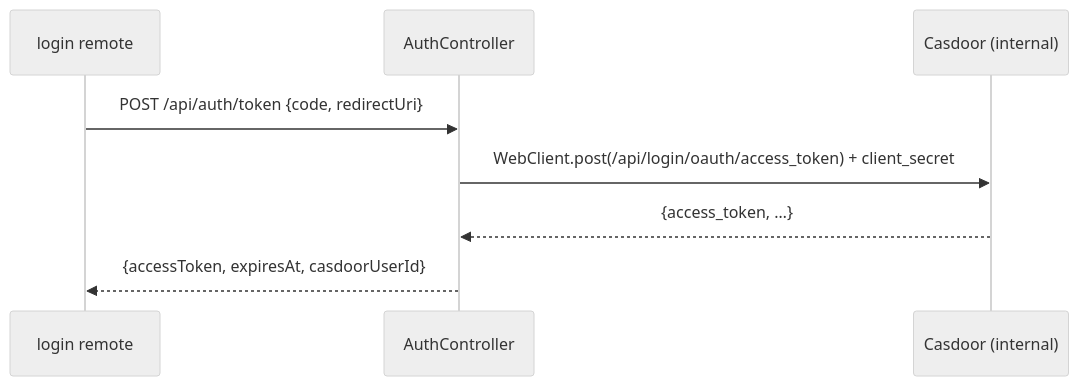
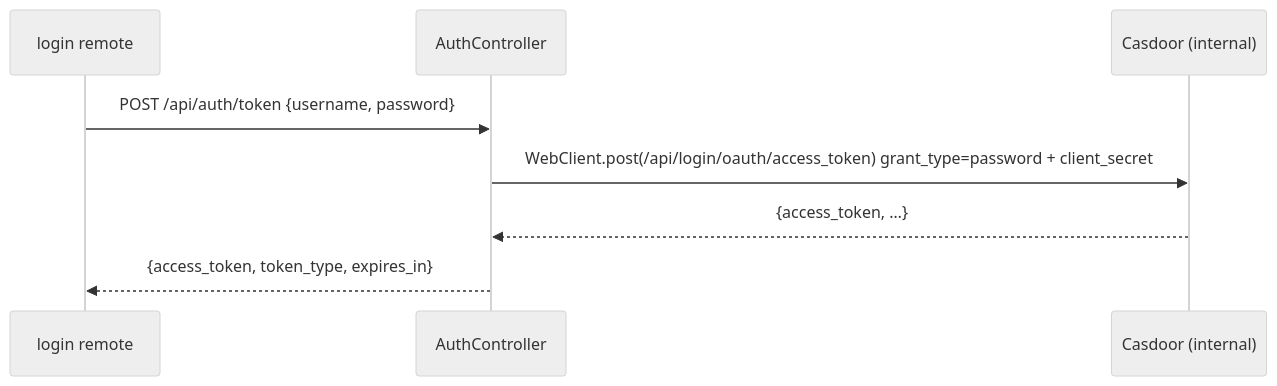
The second of 4 diagrams in docs/wiki/architecture/05-api-reference.md (hugmesh/hugmesh-games), drawn with Mermaid (neutral theme) before and after one commit. The commit also changed other lines of this file and 6 other files, not shown here.

First line of the commit message:
docs: refresh README + architecture wiki to current channel/remote reality

````diff
--- a/docs/wiki/architecture/05-api-reference.md
+++ b/docs/wiki/architecture/05-api-reference.md
@@ -31,10 +32,10 @@
 ```mermaid
 sequenceDiagram
     participant FE as login remote
     participant API as AuthController
     participant CAS as Casdoor (internal)
-    FE->>API: POST /api/auth/token {code, redirectUri}
-    API->>CAS: WebClient.post(/api/login/oauth/access_token) + client_secret
+    FE->>API: POST /api/auth/token {username, password}
+    API->>CAS: WebClient.post(/api/login/oauth/access_token) grant_type=password + client_secret
     CAS-->>API: {access_token, …}
-    API-->>FE: {accessToken, expiresAt, casdoorUserId}
+    API-->>FE: {access_token, token_type, expires_in}
 ```
````
